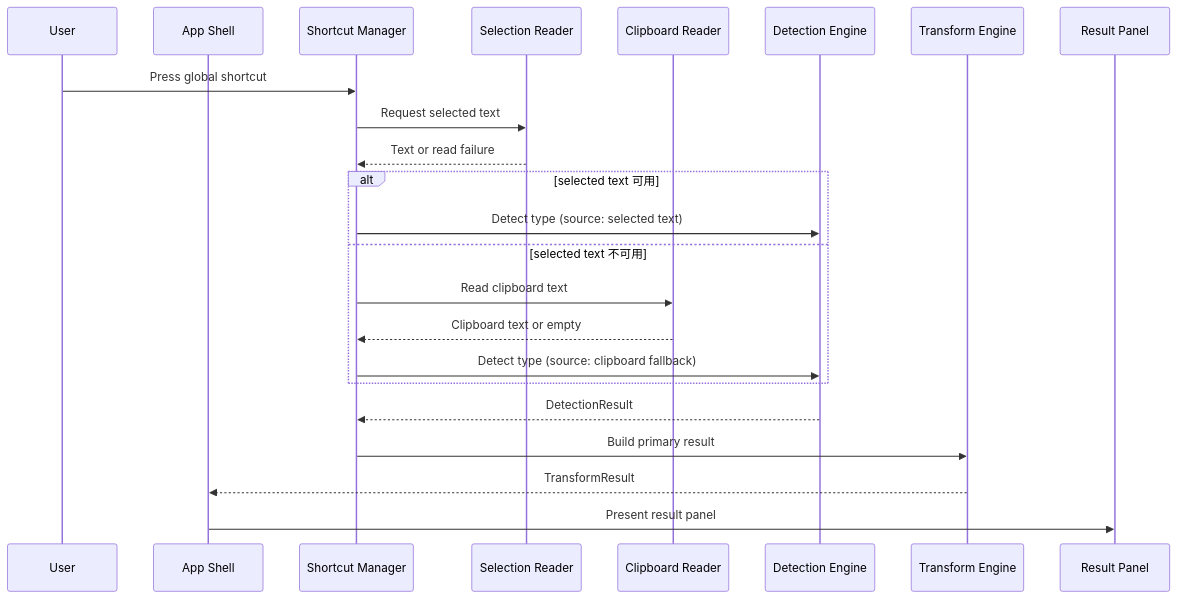
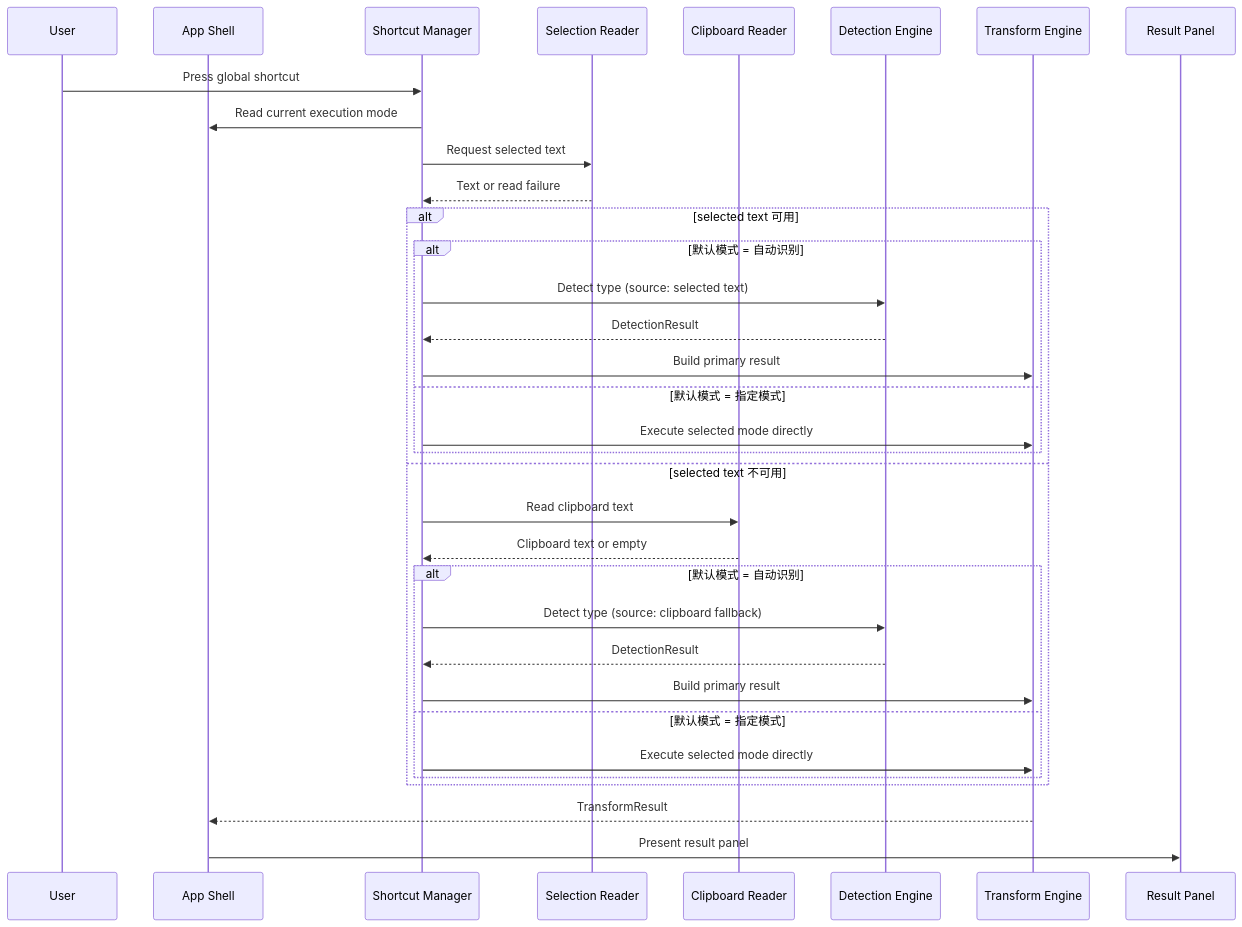
The second of 7 diagrams in docs/interaction/mac-text-actions-interaction-flow.md (SaneHe/mac-tools), drawn with Mermaid before and after one commit. The commit also changed other lines of this file and 6 other files, not shown here.

````diff
--- a/docs/interaction/mac-text-actions-interaction-flow.md
+++ b/docs/interaction/mac-text-actions-interaction-flow.md
@@ -29,26 +27,37 @@
 ```mermaid
 sequenceDiagram
     participant U as User
     participant App as App Shell
     participant S as Shortcut Manager
     participant R as Selection Reader
     participant C as Clipboard Reader
     participant D as Detection Engine
     participant T as Transform Engine
     participant P as Result Panel
 
     U->>S: Press global shortcut
+    S->>App: Read current execution mode
     S->>R: Request selected text
     R-->>S: Text or read failure
     alt selected text 可用
-        S->>D: Detect type (source: selected text)
+        alt 默认模式 = 自动识别
+            S->>D: Detect type (source: selected text)
+            D-->>S: DetectionResult
+            S->>T: Build primary result
+        else 默认模式 = 指定模式
+            S->>T: Execute selected mode directly
+        end
     else selected text 不可用
         S->>C: Read clipboard text
         C-->>S: Clipboard text or empty
-        S->>D: Detect type (source: clipboard fallback)
+        alt 默认模式 = 自动识别
+            S->>D: Detect type (source: clipboard fallback)
+            D-->>S: DetectionResult
+            S->>T: Build primary result
+        else 默认模式 = 指定模式
+            S->>T: Execute selected mode directly
+        end
     end
-    D-->>S: DetectionResult
-    S->>T: Build primary result
     T-->>App: TransformResult
     App->>P: Present result panel
 ```
````
